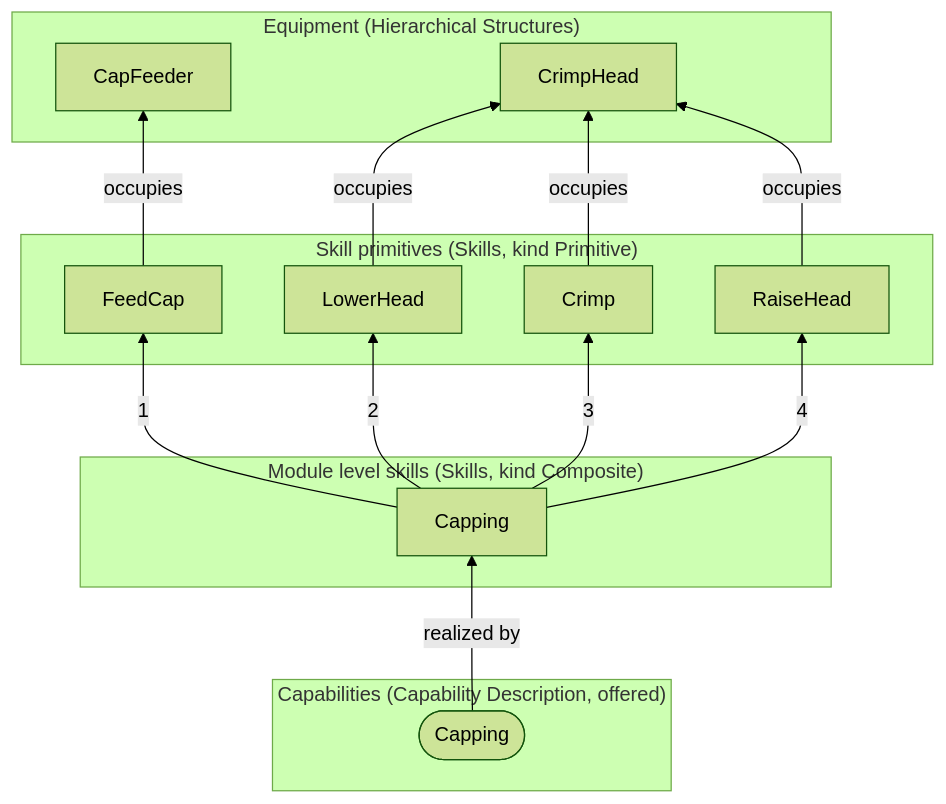
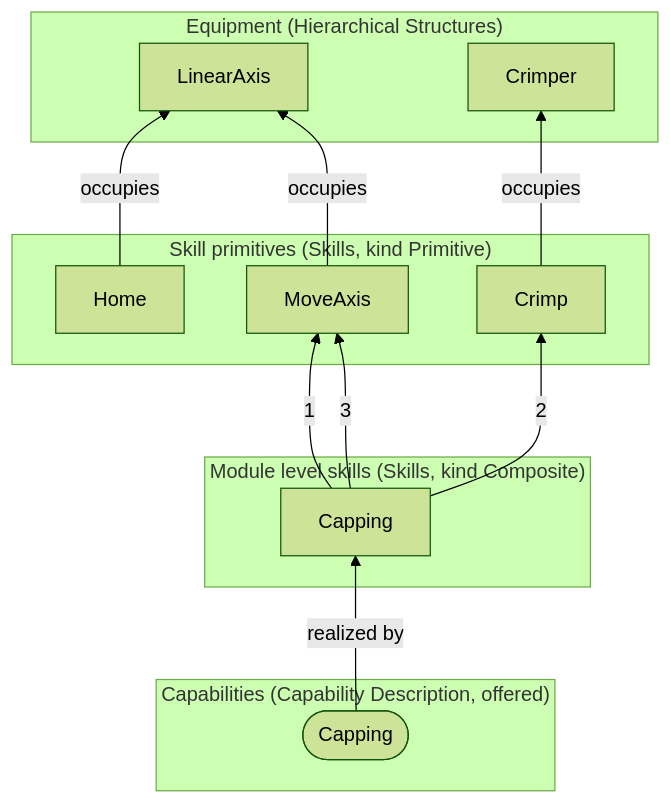
Before and after one commit to AAUSmartProductionLab/iec61499-mgmt-py: the sixth of 8 diagrams in docs/aas-examples.md, drawn with Mermaid (forest theme). The commit also changed other lines of this file and 2 other files, not shown here.

Commit message:
Docs: the line's modules and components, the stoppering module

````diff
--- a/docs/aas-examples.md
+++ b/docs/aas-examples.md
@@ -445,28 +438,25 @@
 ```mermaid
 flowchart BT
   subgraph EQ_CappingModuleAAS["Equipment (Hierarchical Structures)"]
-    CappingModuleAASCapFeeder["CapFeeder"]
-    CappingModuleAASCrimpHead["CrimpHead"]
+    CappingModuleAASLinearAxis["LinearAxis"]
+    CappingModuleAASCrimper["Crimper"]
   end
   subgraph PR_CappingModuleAAS["Skill primitives (Skills, kind Primitive)"]
-    CappingModuleAASFeedCap["FeedCap"]
-    CappingModuleAASLowerHead["LowerHead"]
+    CappingModuleAASHome["Home"]
+    CappingModuleAASMoveAxis["MoveAxis"]
     CappingModuleAASCrimp["Crimp"]
-    CappingModuleAASRaiseHead["RaiseHead"]
   end
   subgraph CO_CappingModuleAAS["Module level skills (Skills, kind Composite)"]
     CappingModuleAASCapping["Capping"]
   end
   subgraph CA_CappingModuleAAS["Capabilities (Capability Description, offered)"]
     CappingModuleAAScapCapping(["Capping"])
   end
-  CappingModuleAASFeedCap -- occupies --> CappingModuleAASCapFeeder
-  CappingModuleAASLowerHead -- occupies --> CappingModuleAASCrimpHead
-  CappingModuleAASCrimp -- occupies --> CappingModuleAASCrimpHead
-  CappingModuleAASRaiseHead -- occupies --> CappingModuleAASCrimpHead
-  CappingModuleAASCapping -- "1" --> CappingModuleAASFeedCap
-  CappingModuleAASCapping -- "2" --> CappingModuleAASLowerHead
-  CappingModuleAASCapping -- "3" --> CappingModuleAASCrimp
-  CappingModuleAASCapping -- "4" --> CappingModuleAASRaiseHead
+  CappingModuleAASHome -- occupies --> CappingModuleAASLinearAxis
+  CappingModuleAASMoveAxis -- occupies --> CappingModuleAASLinearAxis
+  CappingModuleAASCrimp -- occupies --> CappingModuleAASCrimper
+  CappingModuleAASCapping -- "1" --> CappingModuleAASMoveAxis
+  CappingModuleAASCapping -- "2" --> CappingModuleAASCrimp
+  CappingModuleAASCapping -- "3" --> CappingModuleAASMoveAxis
   CappingModuleAAScapCapping -- realized by --> CappingModuleAASCapping
 ```
````
